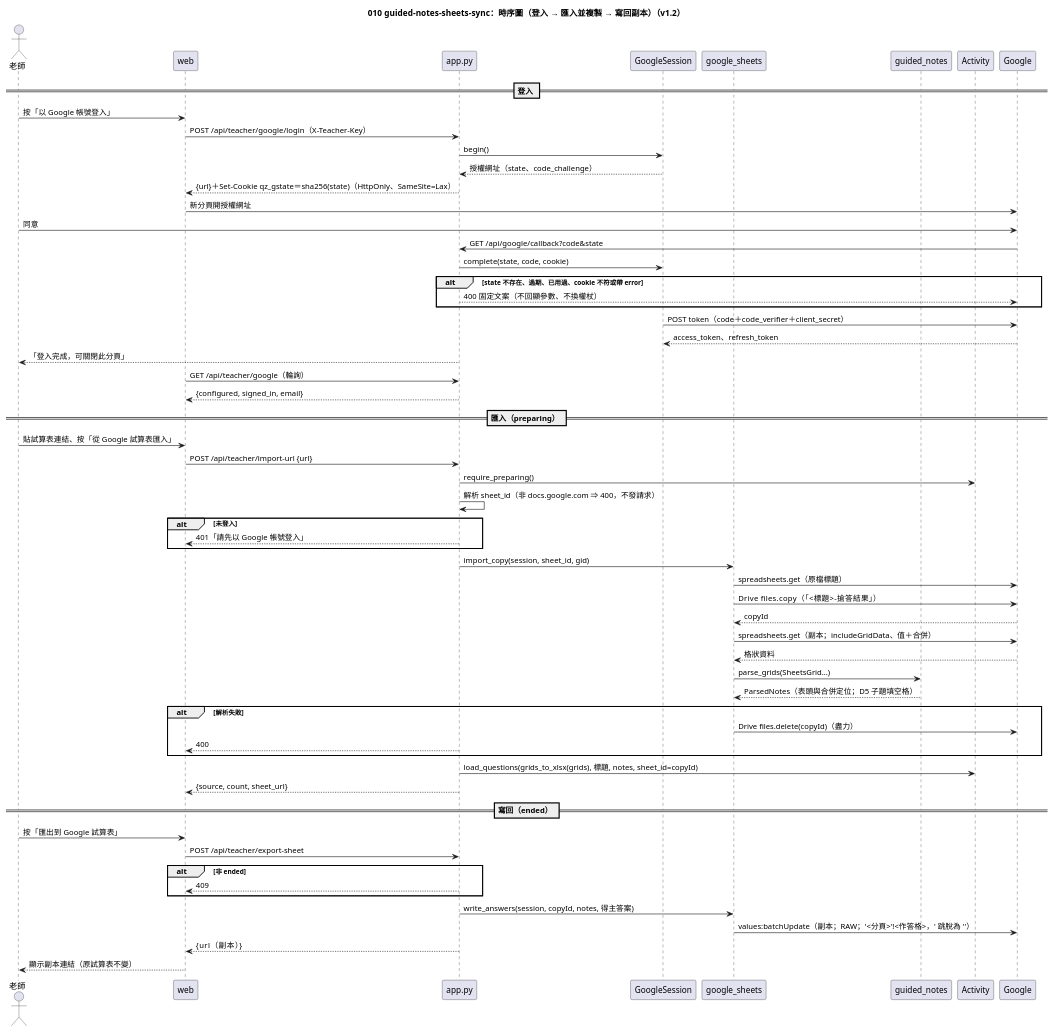
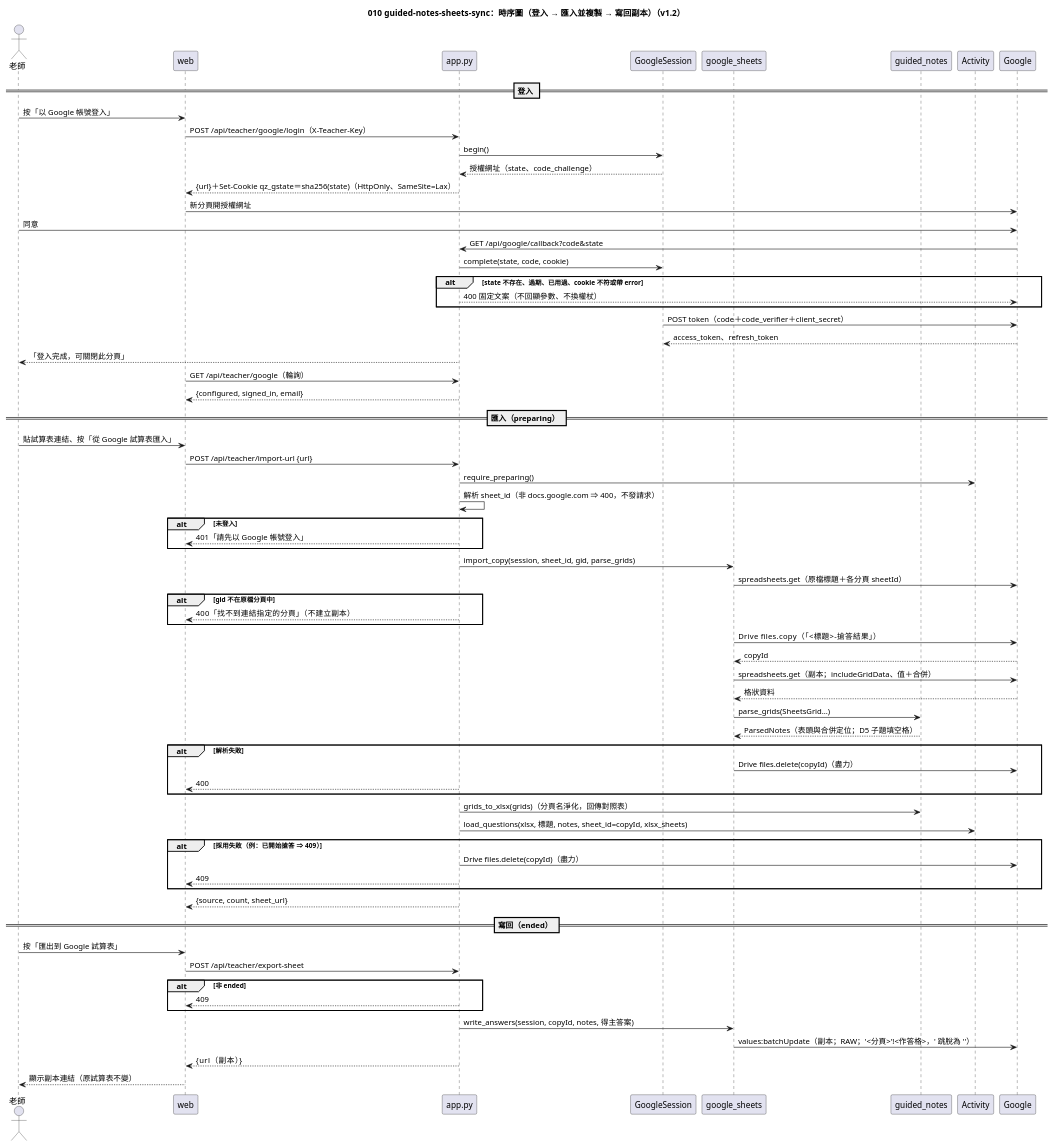
The diagram in diagrams/010-guided-notes-sheets-sync-sequence.puml (yue083139/software_fin-speckit), drawn with PlantUML before and after one commit. The commit also changed 16 other files, not shown here.

First line of the commit message:
fix(server): [CORE] guided-notes-sheets-sync 實作輪評審藥方

```diff
--- a/diagrams/010-guided-notes-sheets-sync-sequence.puml
+++ b/diagrams/010-guided-notes-sheets-sync-sequence.puml
@@ -1,65 +1,73 @@
 @startuml 010-guided-notes-sheets-sync-sequence
 title 010 guided-notes-sheets-sync：時序圖（登入 → 匯入並複製 → 寫回副本）（v1.2）
 
 actor "老師" as T
 participant "web" as W
 participant "app.py" as App
 participant "GoogleSession" as S
 participant "google_sheets" as GS
 participant "guided_notes" as GN
 participant "Activity" as Act
 participant "Google" as G
 
 == 登入 ==
 T -> W : 按「以 Google 帳號登入」
 W -> App : POST /api/teacher/google/login（X-Teacher-Key）
 App -> S : begin()
 S --> App : 授權網址（state、code_challenge）
 App --> W : {url}＋Set-Cookie qz_gstate＝sha256(state)（HttpOnly、SameSite=Lax）
 W -> G : 新分頁開授權網址
 T -> G : 同意
 G -> App : GET /api/google/callback?code&state
 App -> S : complete(state, code, cookie)
 alt state 不存在、過期、已用過、cookie 不符或帶 error
   App --> G : 400 固定文案（不回顯參數、不換權杖）
 end
 S -> G : POST token（code＋code_verifier＋client_secret）
 G --> S : access_token、refresh_token
 App --> T : 「登入完成，可關閉此分頁」
 W -> App : GET /api/teacher/google（輪詢）
 App --> W : {configured, signed_in, email}
 
 == 匯入（preparing） ==
 T -> W : 貼試算表連結、按「從 Google 試算表匯入」
 W -> App : POST /api/teacher/import-url {url}
 App -> Act : require_preparing()
 App -> App : 解析 sheet_id（非 docs.google.com ⇒ 400，不發請求）
 alt 未登入
   App --> W : 401「請先以 Google 帳號登入」
 end
-App -> GS : import_copy(session, sheet_id, gid)
-GS -> G : spreadsheets.get（原檔標題）
+App -> GS : import_copy(session, sheet_id, gid, parse_grids)
+GS -> G : spreadsheets.get（原檔標題＋各分頁 sheetId）
+alt gid 不在原檔分頁中
+  App --> W : 400「找不到連結指定的分頁」（不建立副本）
+end
 GS -> G : Drive files.copy（「<標題>-搶答結果」）
 G --> GS : copyId
 GS -> G : spreadsheets.get（副本；includeGridData、值＋合併）
 G --> GS : 格狀資料
 GS -> GN : parse_grids(SheetsGrid…)
 GN --> GS : ParsedNotes（表頭與合併定位；D5 子題填空格）
 alt 解析失敗
   GS -> G : Drive files.delete(copyId)（盡力）
   App --> W : 400
 end
-App -> Act : load_questions(grids_to_xlsx(grids), 標題, notes, sheet_id=copyId)
+App -> GN : grids_to_xlsx(grids)（分頁名淨化，回傳對照表）
+App -> Act : load_questions(xlsx, 標題, notes, sheet_id=copyId, xlsx_sheets)
+alt 採用失敗（例：已開始搶答 ⇒ 409）
+  App -> G : Drive files.delete(copyId)（盡力）
+  App --> W : 409
+end
 App --> W : {source, count, sheet_url}
 
 == 寫回（ended） ==
 T -> W : 按「匯出到 Google 試算表」
 W -> App : POST /api/teacher/export-sheet
 alt 非 ended
   App --> W : 409
 end
 App -> GS : write_answers(session, copyId, notes, 得主答案)
 GS -> G : values:batchUpdate（副本；RAW；'<分頁>'!<作答格>，' 跳脫為 ''）
 App --> W : {url（副本）}
 W --> T : 顯示副本連結（原試算表不變）
 @enduml
```
